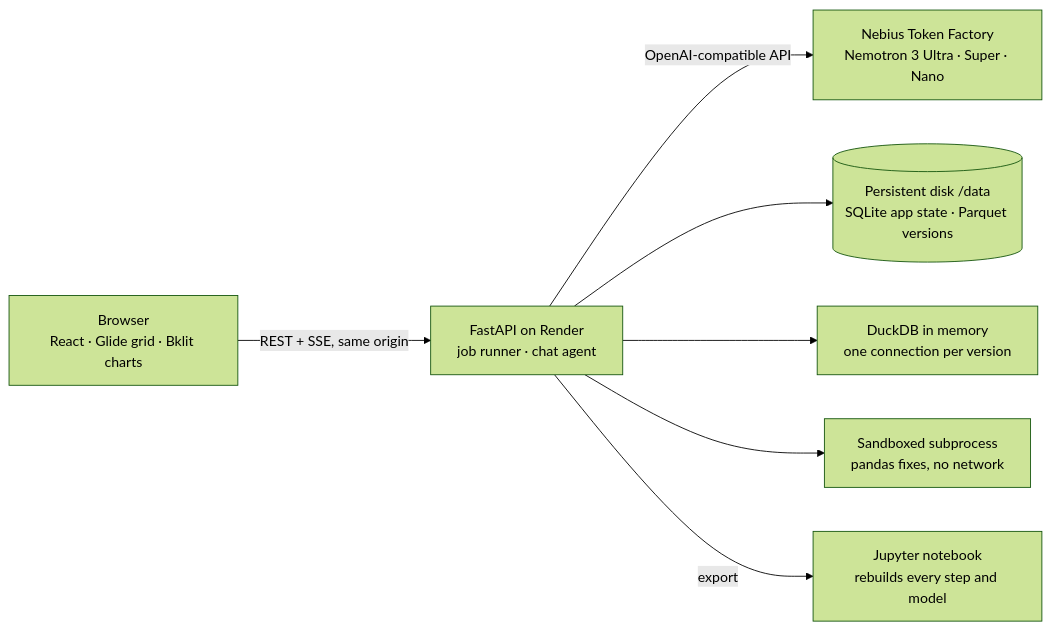
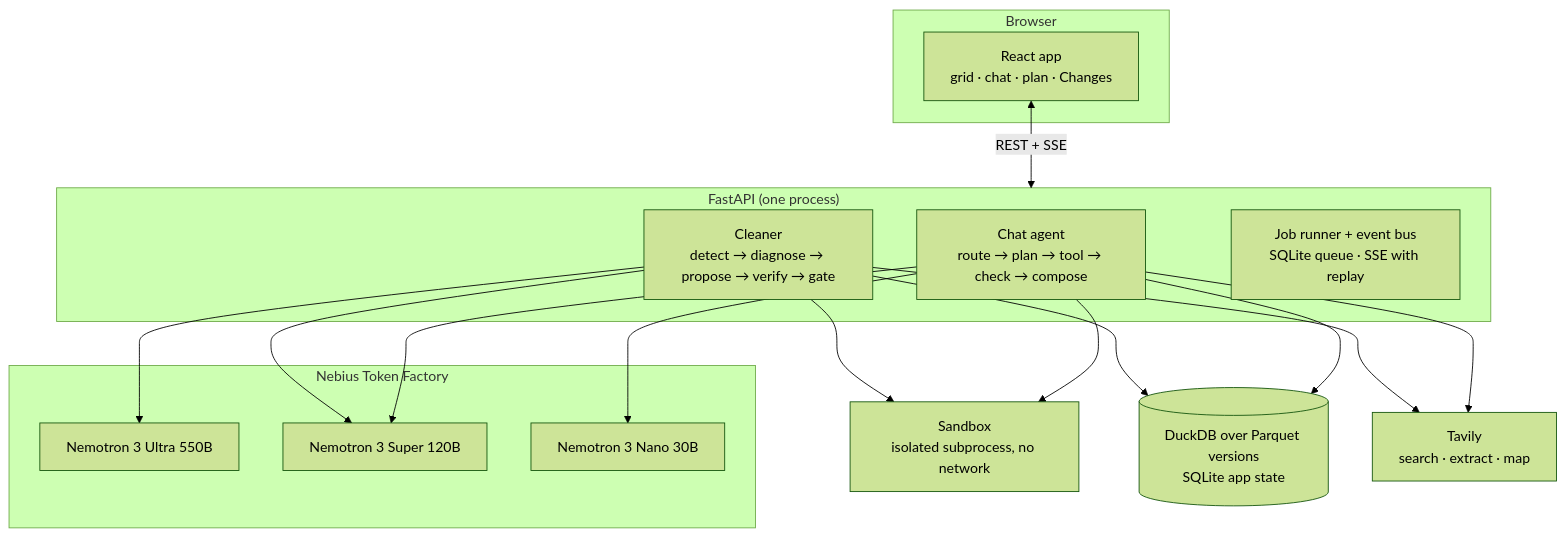
The second of 4 diagrams in README.md (n1mk1/sherlock), drawn with Mermaid (forest theme) before and after one commit. The commit also changed other lines of this file, not shown here.

````diff
--- a/README.md
+++ b/README.md
@@ -53,9 +96,25 @@
 ```mermaid
-flowchart LR
-  B[Browser<br/>React · Glide grid · Bklit charts] -- REST + SSE, same origin --> A[FastAPI on Render<br/>job runner · chat agent]
-  A -- OpenAI-compatible API --> T[Nebius Token Factory<br/>Nemotron 3 Ultra · Super · Nano]
-  A --> D[(Persistent disk /data<br/>SQLite app state · Parquet versions)]
-  A --> K[DuckDB in memory<br/>one connection per version]
-  A --> S[Sandboxed subprocess<br/>pandas fixes, no network]
-  A -- export --> N[Jupyter notebook<br/>rebuilds every step and model]
+flowchart TB
+  subgraph Browser
+    UI["React app<br/>grid · chat · plan · Changes"]
+  end
+  subgraph API["FastAPI (one process)"]
+    CA["Chat agent<br/>route → plan → tool → check → compose"]
+    CL["Cleaner<br/>detect → diagnose → propose → verify → gate"]
+    JR["Job runner + event bus<br/>SQLite queue · SSE with replay"]
+  end
+  subgraph Models["Nebius Token Factory"]
+    U[Nemotron 3 Ultra 550B]
+    S[Nemotron 3 Super 120B]
+    N[Nemotron 3 Nano 30B]
+  end
+  SB["Sandbox<br/>isolated subprocess, no network"]
+  DB[("DuckDB over Parquet versions<br/>SQLite app state")]
+  TV[Tavily<br/>search · extract · map]
+  UI <-->|REST + SSE| API
+  CL --> U & S
+  CA --> S & N
+  CL & CA --> SB
+  CL & CA --> DB
+  CL & CA --> TV
 ```
````
